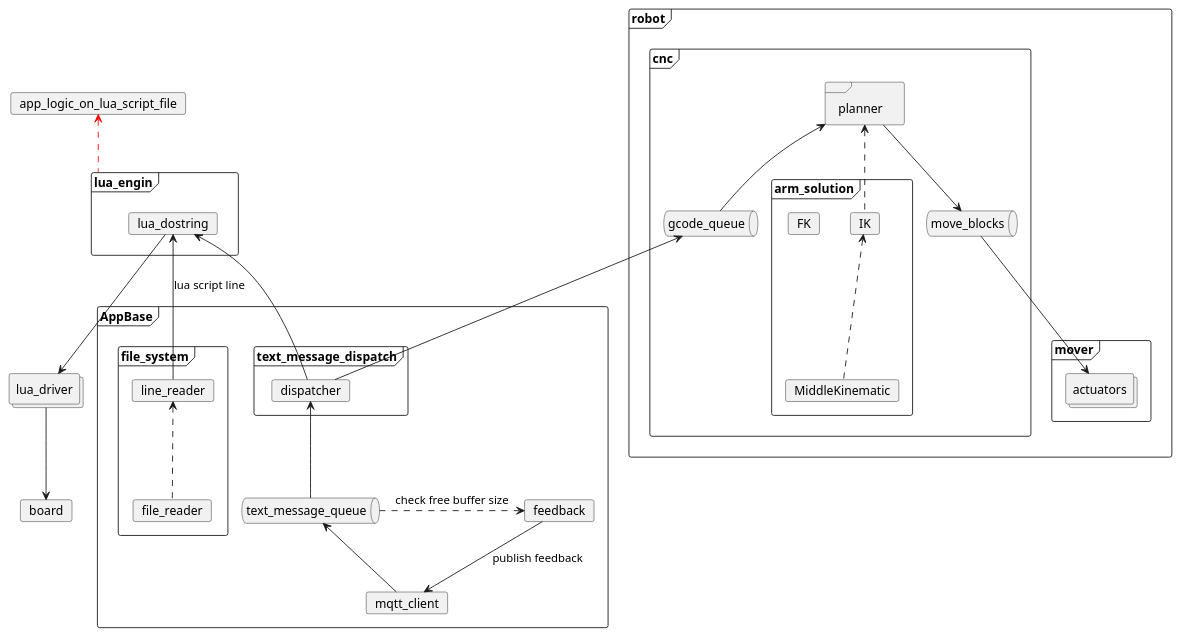
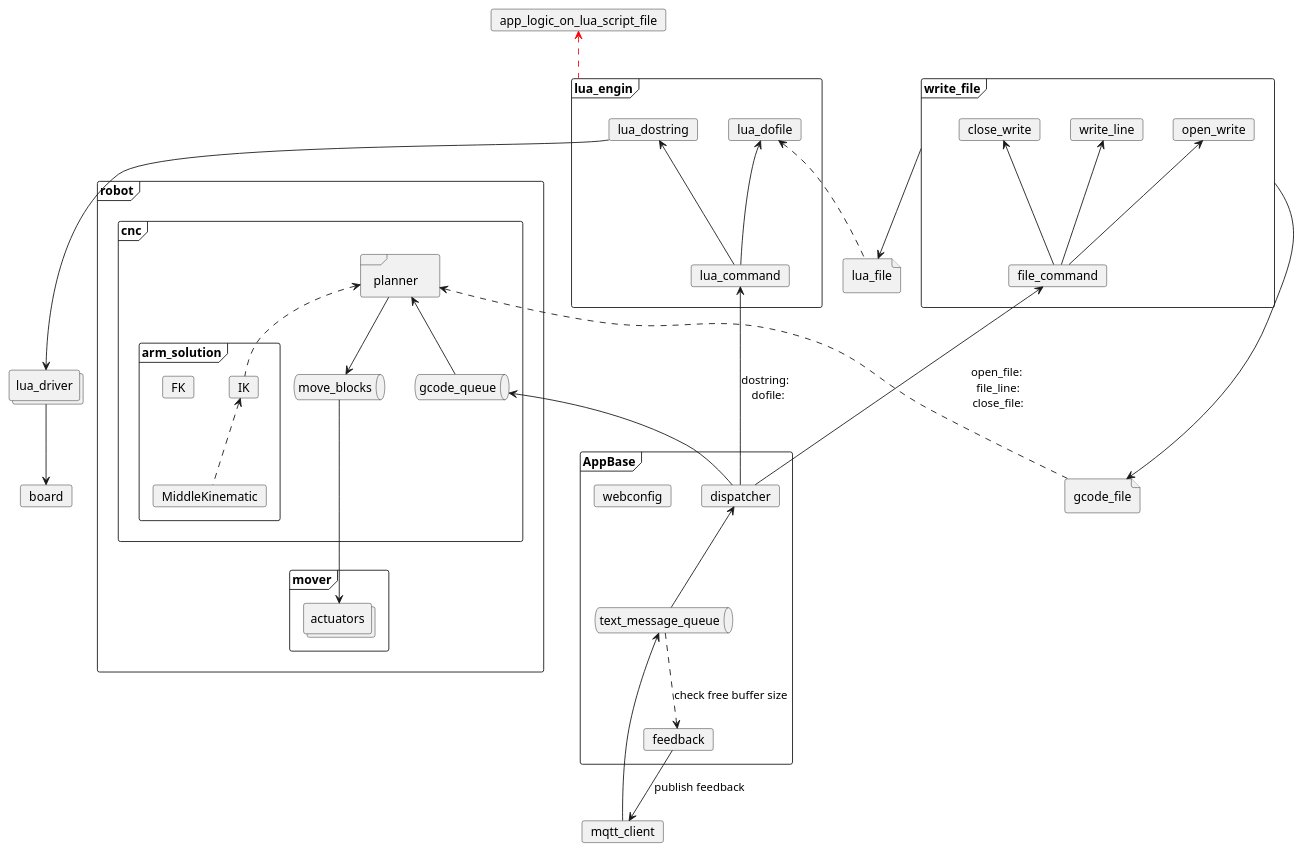
The diagram in esp32_arm/src/MyLibs/app_base/docs/deploy.puml (voicevon/gobot_front), drawn with PlantUML before and after one commit. The commit also changed 12 other files, not shown here.

```diff
--- a/esp32_arm/src/MyLibs/app_base/docs/deploy.puml
+++ b/esp32_arm/src/MyLibs/app_base/docs/deploy.puml
@@ -1,67 +1,80 @@
 @startuml
 
 frame lua_engin{
     card lua_dostring
-
+    card lua_dofile
+    card lua_command
+    lua_dofile <-- lua_command
+    lua_dostring <-- lua_command
 }
-    collections lua_driver
-    card board
-    lua_dostring --> lua_driver
-    lua_driver --> board
-
+collections lua_driver
+card board
+lua_dostring ---> lua_driver
+lua_driver --> board
 
 frame robot{
     frame cnc{
         queue gcode_queue
         frame arm_solution{
             card IK
             card FK
             card MiddleKinematic
             IK <-[dashed]- MiddleKinematic
         }
-        frame planner{ 
+        frame planner{
+
         }
         queue move_blocks
 
-        planner <-- gcode_queue 
+        planner <-- gcode_queue
         planner <-[dashed]- IK
         planner --> move_blocks
-
-
     }
     frame mover{
         collections actuators
     }
-    move_blocks --> actuators
+    move_blocks ---> actuators
 }
 
-
+card mqtt_client
 frame AppBase{
-    frame text_message_dispatch{
-        card dispatcher
-    }
     queue text_message_queue
     card feedback
-    card mqtt_client
+    card dispatcher
+    card webconfig
+
 
     text_message_queue <-- mqtt_client
     feedback --> mqtt_client:  publish feedback
-    text_message_queue -[dashed]>feedback: check free buffer size
+    text_message_queue -[dashed]->feedback: check free buffer size
 
-    frame file_system{
-        card line_reader
-        card file_reader
-        line_reader <-[dashed]- file_reader
-    }
+
 }
+frame write_file{
+    card open_write
+    card write_line
+    card close_write
+    card file_command
+    open_write <-- file_command
+    write_line <-- file_command
+    close_write <-- file_command
+}
+file lua_file
+file gcode_file
+write_file --> gcode_file
+write_file --> lua_file
+planner <-[dashed]-- gcode_file
+lua_dofile <-[dashed]- lua_file
+
 
 dispatcher <-- text_message_queue
-gcode_queue <-- dispatcher 
-lua_dostring <-- dispatcher 
+gcode_queue <-- dispatcher
+file_command<--- dispatcher : open_file: \nfile_line:\nclose_file:
+lua_command <-- dispatcher : dostring: \n dofile:
 
 card app_logic_on_lua_script_file
-lua_dostring  <-- line_reader: lua script line
 app_logic_on_lua_script_file <-[#red,dashed]- lua_engin
 
 
+
 @enduml
```
